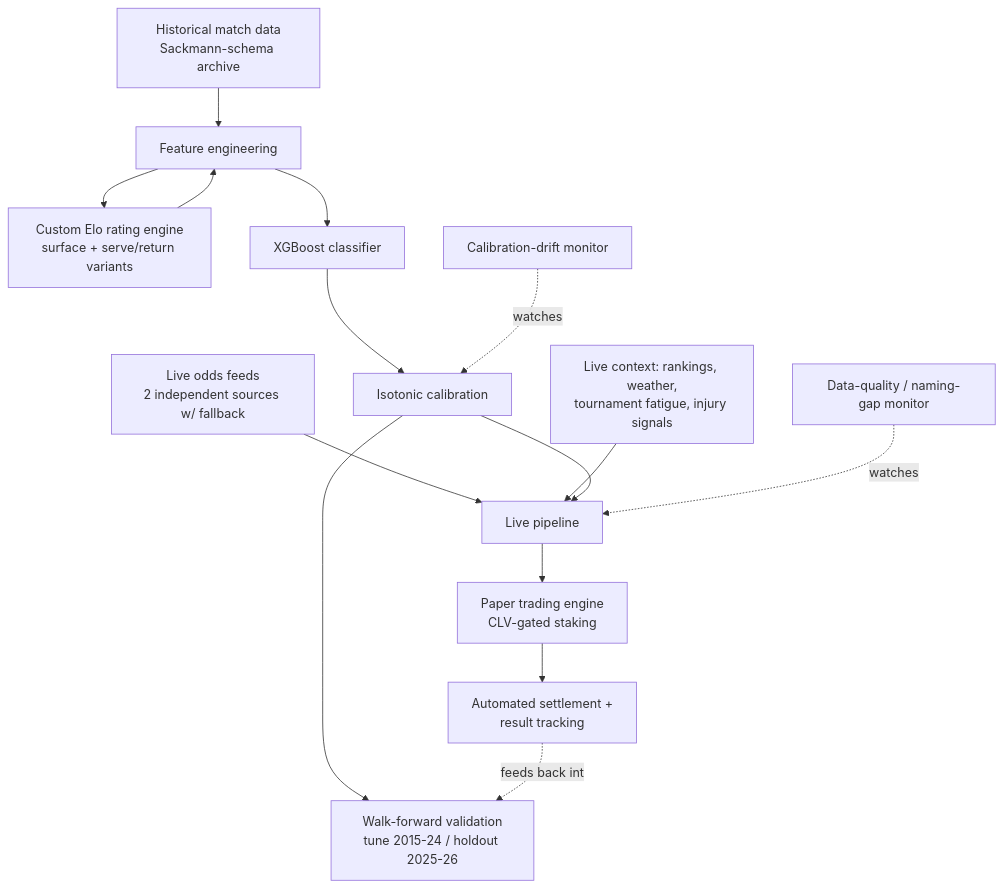
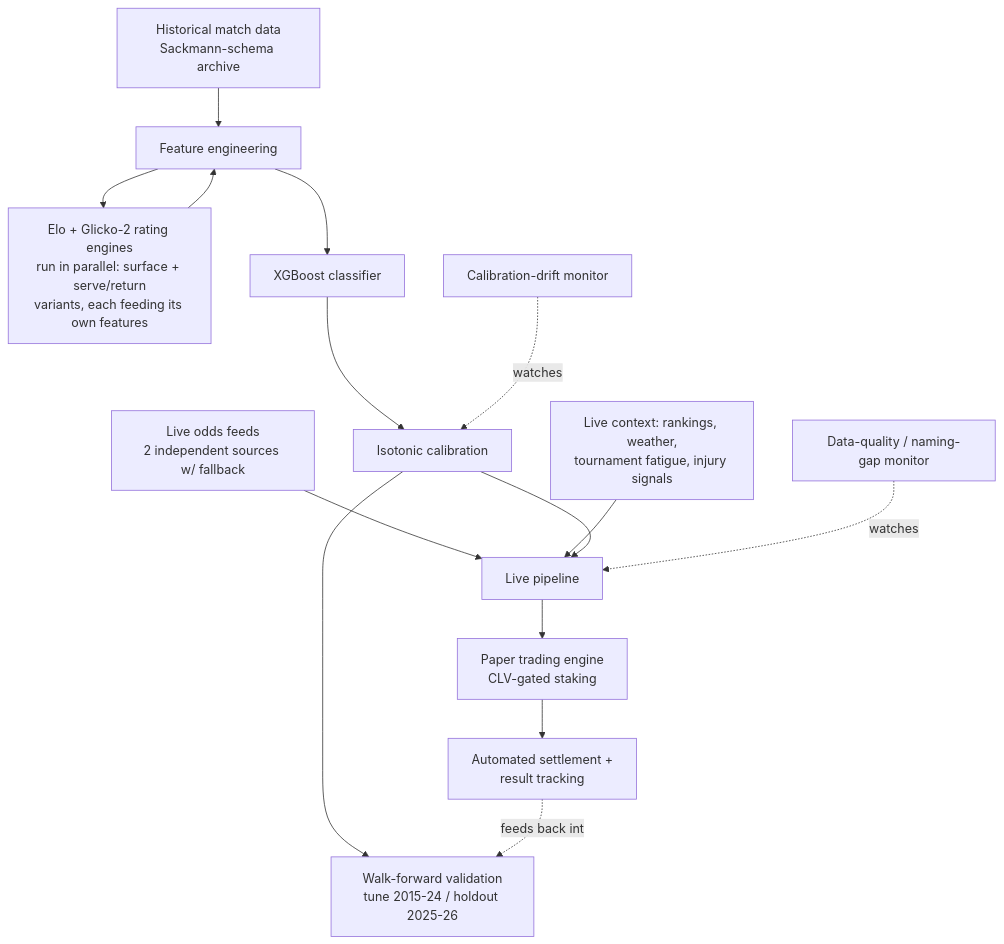
One commit to LogicFactor19/tennis-prediction-model-showcase changed the diagram in README.md. Above: the diagram before and after it, drawn with Mermaid. The commit also changed other lines of this file, not shown here.

First line of the commit message:
Update results snapshot and add Glicko-2 to architecture

````diff
--- a/README.md
+++ b/README.md
@@ -42,20 +42,20 @@
 ```mermaid
 flowchart TD
     A[Historical match data<br/>Sackmann-schema archive] --> D[Feature engineering]
     B[Live odds feeds<br/>2 independent sources w/ fallback] --> E[Live pipeline]
     C[Live context: rankings, weather,<br/>tournament fatigue, injury signals] --> E
 
-    D --> F[Custom Elo rating engine<br/>surface + serve/return variants]
+    D --> F[Elo + Glicko-2 rating engines<br/>run in parallel: surface + serve/return<br/>variants, each feeding its own features]
     F --> D
     D --> G[XGBoost classifier]
     G --> H[Isotonic calibration]
     H --> I[Walk-forward validation<br/>tune 2015-24 / holdout 2025-26]
 
     H --> E
     E --> J[Paper trading engine<br/>CLV-gated staking]
     J --> K[Automated settlement +<br/>result tracking]
 
     L[Calibration-drift monitor] -.watches.-> H
     M[Data-quality / naming-gap monitor] -.watches.-> E
     K -.feeds back into.-> I
 ```
````
